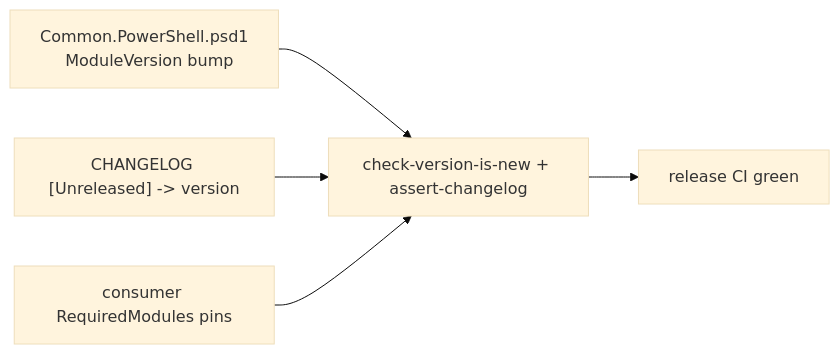
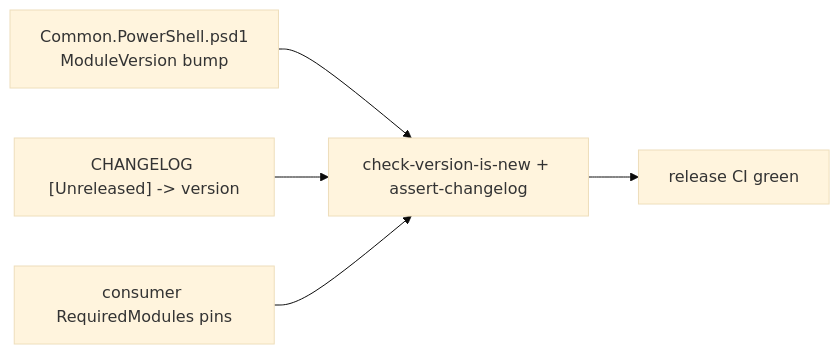
Before and after one commit to VitaliiAndreev/Infrastructure-Common: the fifth of 14 diagrams in docs/dev/implementation/88-cross-process-instrumentation-and-reporting/plan.md, drawn with Mermaid (base theme). The commit also changed other lines of this file, not shown here.

Commit message:
docs: fix diagram syntax

````diff
--- a/docs/dev/implementation/88-cross-process-instrumentation-and-reporting/plan.md
+++ b/docs/dev/implementation/88-cross-process-instrumentation-and-reporting/plan.md
@@ -255,8 +252,7 @@
 ```mermaid
 flowchart LR
-  psd1["Common.PowerShell.psd1
-  ModuleVersion bump"] --> gate["check-version-is-new + assert-changelog"]
+  psd1["Common.PowerShell.psd1<br/>ModuleVersion bump"] --> gate["check-version-is-new + assert-changelog"]
   changelog["CHANGELOG [Unreleased] -> version"] --> gate
   pins["consumer RequiredModules pins"] --> gate
   gate --> ok["release CI green"]
 ```
````
